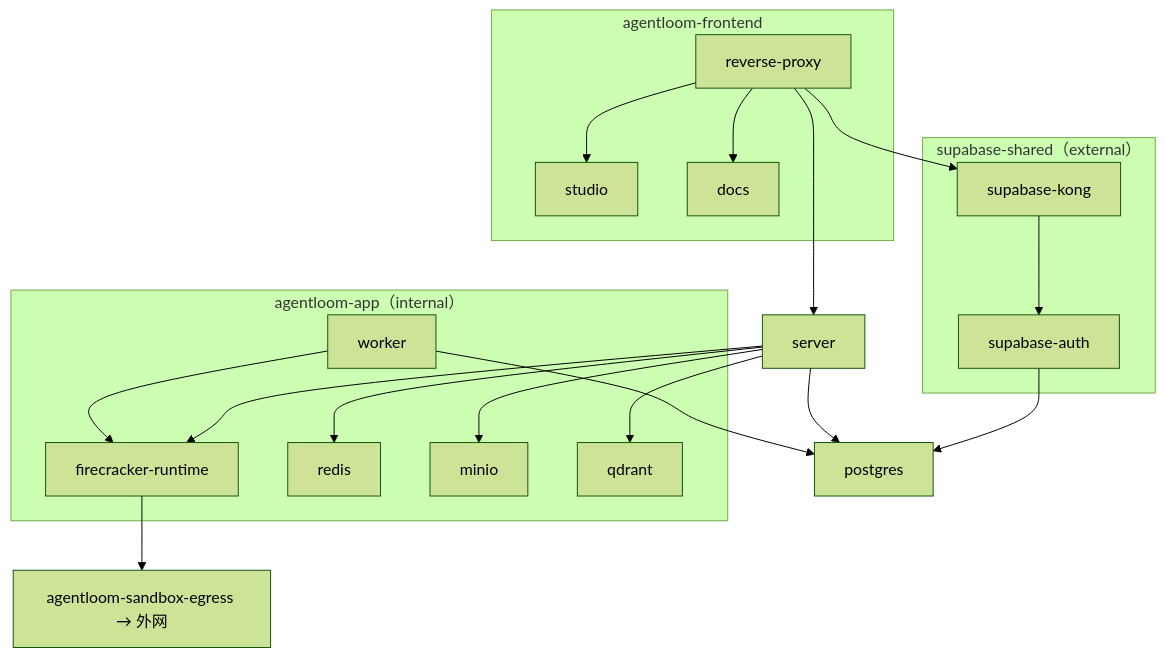
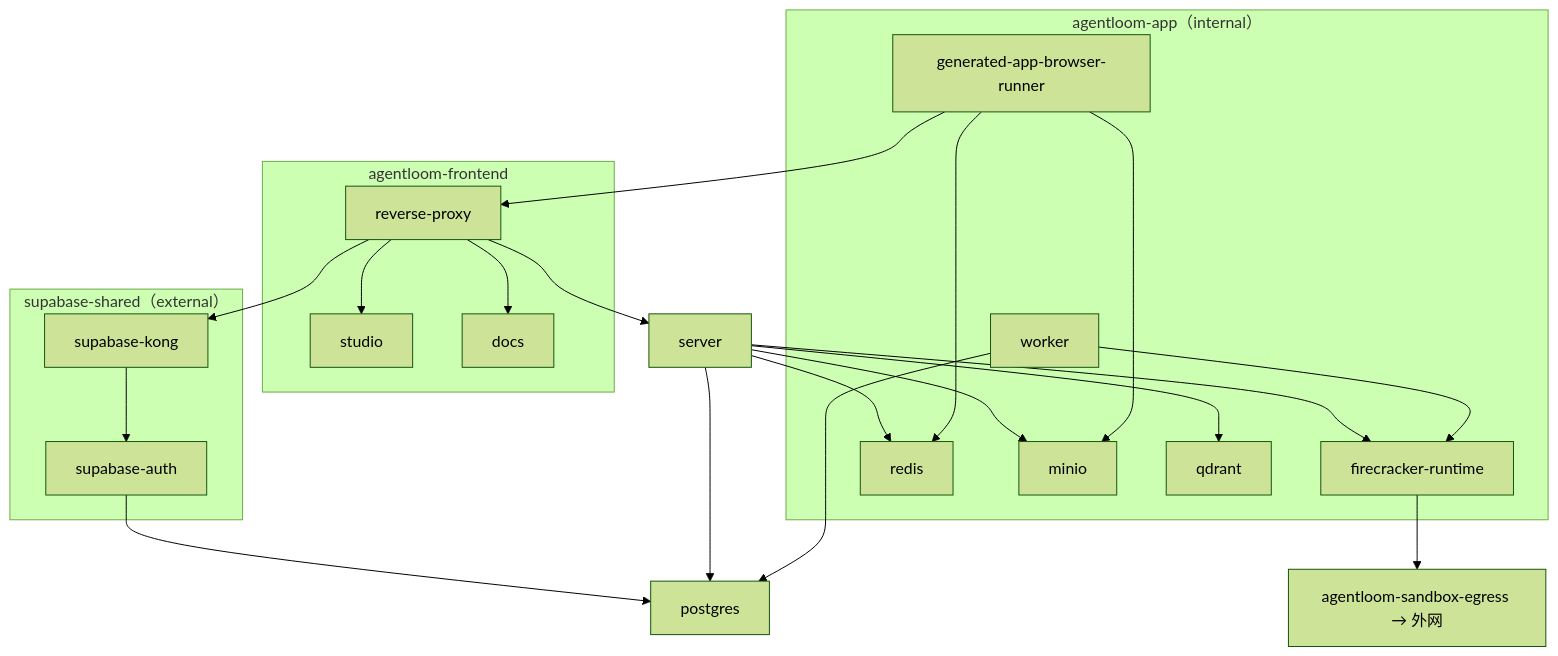
Before and after one commit to Lynricsy/AgentLoom: the second of 2 diagrams in agentloom-docs/deploy/index.md, drawn with Mermaid (forest theme). The commit also changed other lines of this file and 28 other files, not shown here.

First line of the commit message:
feat(generated-app): ✨ Gate 5 browser-runner：Playwright 执行层、worker 侧投递与部署

````diff
--- a/agentloom-docs/deploy/index.md
+++ b/agentloom-docs/deploy/index.md
@@ -79,35 +83,39 @@
 ```mermaid
 flowchart TB
   subgraph frontend["agentloom-frontend"]
     RP[reverse-proxy]
     ST[studio]
     DC[docs]
   end
   subgraph app["agentloom-app（internal）"]
     W[worker]
     FC[firecracker-runtime]
     RD[redis]
     MN[minio]
     QD[qdrant]
+    BR[generated-app-browser-runner]
   end
   subgraph shared["supabase-shared（external）"]
     KG[supabase-kong]
     GA[supabase-auth]
   end
   S[server]
   PG[postgres]
   RP --> ST
   RP --> DC
   RP --> S
   RP --> KG
   KG --> GA
   GA --> PG
   S --> PG
   S --> RD
   S --> MN
   S --> QD
   S --> FC
   W --> PG
   W --> FC
+  BR --> RD
+  BR --> MN
+  BR --> RP
   FC --> EG[agentloom-sandbox-egress → 外网]
 ```
````
